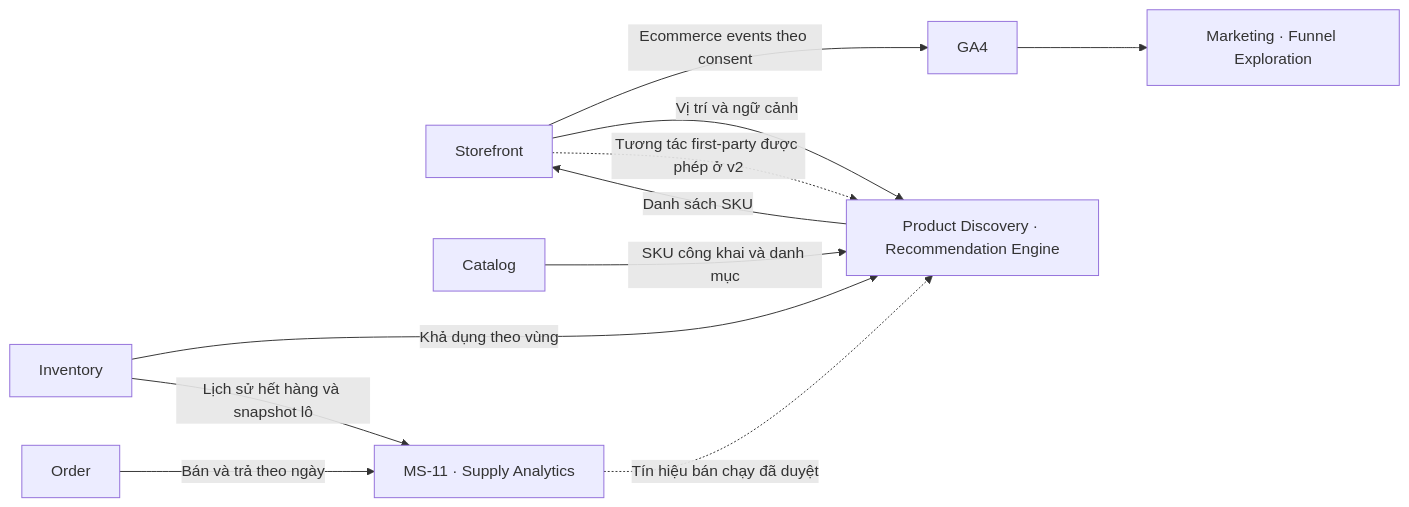
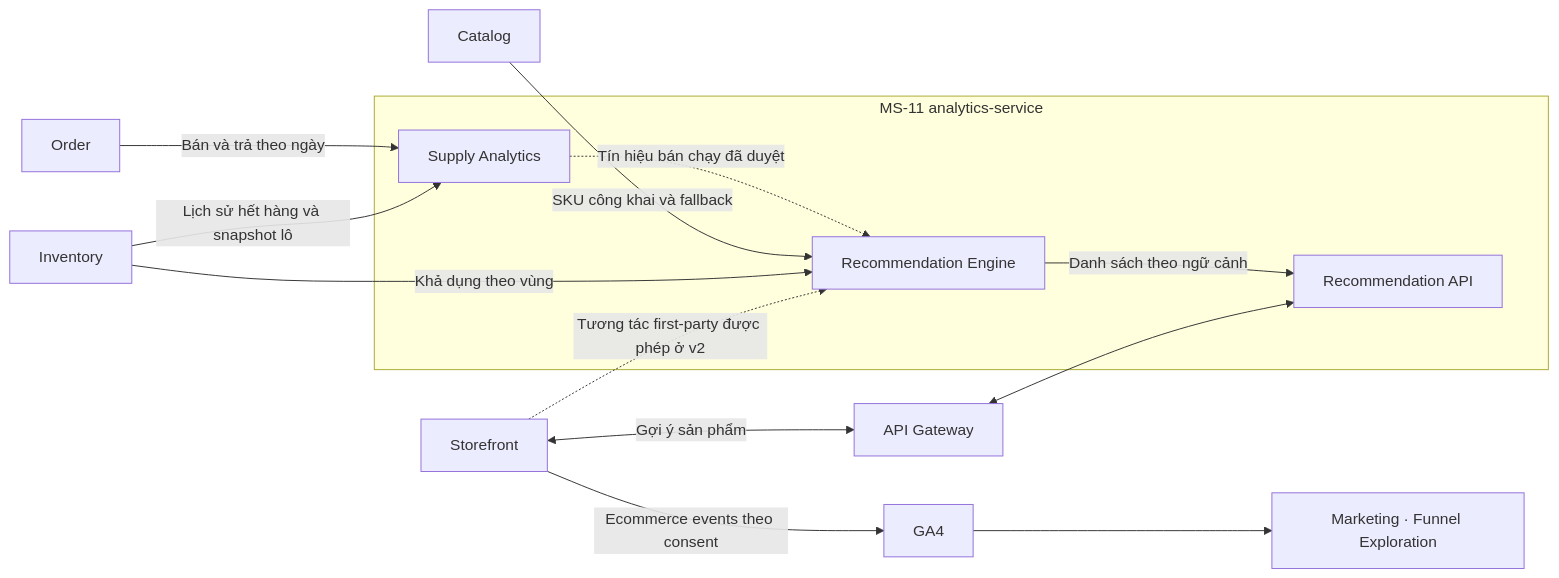
Before and after one commit to hvduong2k5/DUT.PBL6: the diagram in docs/02_architecture/services/analytics-service/10_ga4_and_recommendations.md, drawn with Mermaid. The commit also changed other lines of this file and 76 other files, not shown here.

Commit message:
feat(build): build analysis-service and recommend engine

````diff
--- a/docs/02_architecture/services/analytics-service/10_ga4_and_recommendations.md
+++ b/docs/02_architecture/services/analytics-service/10_ga4_and_recommendations.md
@@ -18,13 +20,19 @@
 ```mermaid
 flowchart LR
   Web["Storefront"] -->|Ecommerce events theo consent| GA["GA4"]
   GA --> Explore["Marketing · Funnel Exploration"]
-  Web -->|Vị trí và ngữ cảnh| Rec["Product Discovery · Recommendation Engine"]
-  Cat["Catalog"] -->|SKU công khai và danh mục| Rec
-  Inv["Inventory"] -->|Khả dụng theo vùng| Rec
-  Rec -->|Danh sách SKU| Web
-  Ord["Order"] -->|Bán và trả theo ngày| Supply["MS-11 · Supply Analytics"]
+  Web <-->|Gợi ý sản phẩm| Gateway["API Gateway"]
+  subgraph MS11["MS-11 analytics-service"]
+    Supply["Supply Analytics"]
+    Rank["Recommendation Engine"]
+    Rec["Recommendation API"]
+    Supply -.->|Tín hiệu bán chạy đã duyệt| Rank
+    Rank -->|Danh sách theo ngữ cảnh| Rec
+  end
+  Gateway <--> Rec
+  Catalog["Catalog"] -->|SKU công khai và fallback| Rank
+  Inv["Inventory"] -->|Khả dụng theo vùng| Rank
+  Ord["Order"] -->|Bán và trả theo ngày| Supply
   Inv -->|Lịch sử hết hàng và snapshot lô| Supply
-  Supply -.->|Tín hiệu bán chạy đã duyệt| Rec
-  Web -.->|Tương tác first-party được phép ở v2| Rec
+  Web -.->|Tương tác first-party được phép ở v2| Rank
 ```
````
